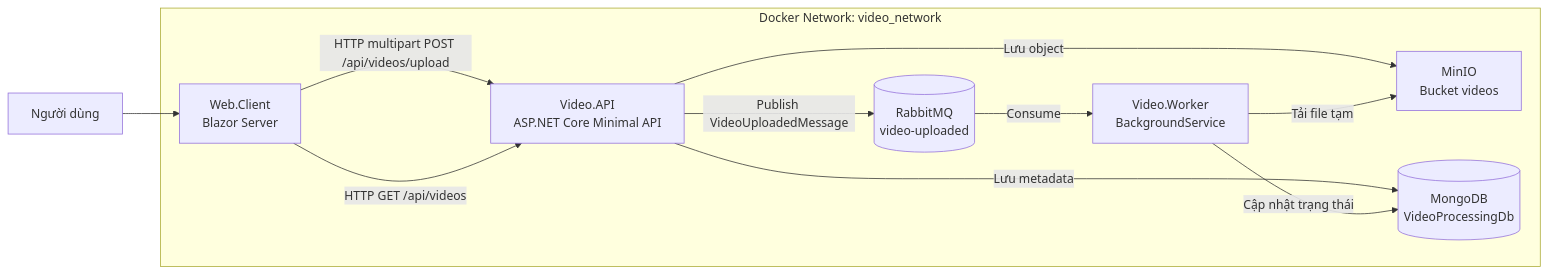
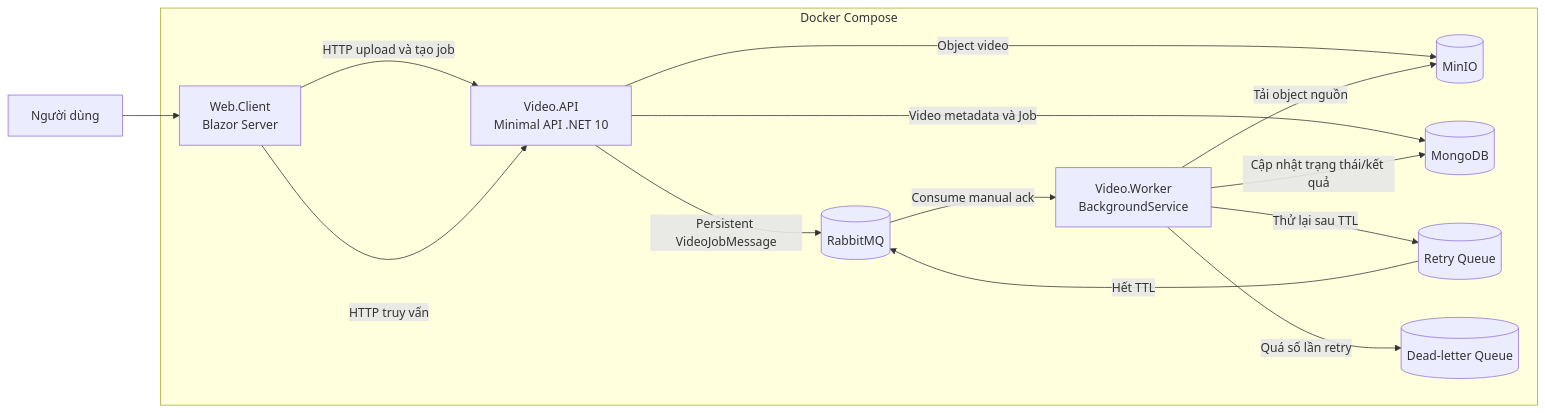
The diagram in BAO_CAO.md (dtc245200882-ux/PhatTrienUngDungPhanTan), drawn with Mermaid before and after one commit. The commit also changed other lines of this file and 1 other file, not shown here.

Commit message:
Document video processing workflow

````diff
--- a/BAO_CAO.md
+++ b/BAO_CAO.md
@@ -37,23 +35,26 @@
 ```mermaid
 flowchart LR
-    U[Người dùng] --> C[Web.Client<br/>Blazor Server]
-    C -->|HTTP multipart POST /api/videos/upload| A[Video.API<br/>ASP.NET Core Minimal API]
-    C -->|HTTP GET /api/videos| A
+    User[Người dùng] --> Client[Web.Client<br/>Blazor Server]
+    Client -->|HTTP upload và tạo job| API[Video.API<br/>Minimal API .NET 10]
+    Client -->|HTTP truy vấn| API
+    API -->|Object video| Storage[(MinIO)]
+    API -->|Video metadata và Job| Mongo[(MongoDB)]
+    API -->|Persistent VideoJobMessage| Broker[(RabbitMQ)]
+    Broker -->|Consume manual ack| Worker[Video.Worker<br/>BackgroundService]
+    Worker -->|Cập nhật trạng thái/kết quả| Mongo
+    Worker -->|Tải object nguồn| Storage
+    Worker -->|Thử lại sau TTL| Retry[(Retry Queue)]
+    Retry -->|Hết TTL| Broker
+    Worker -->|Quá số lần retry| DLQ[(Dead-letter Queue)]
 
-    A -->|Lưu object| M[MinIO<br/>Bucket videos]
-    A -->|Lưu metadata| DB[(MongoDB<br/>VideoProcessingDb)]
-    A -->|Publish VideoUploadedMessage| Q[(RabbitMQ<br/>video-uploaded)]
-
-    Q -->|Consume| W[Video.Worker<br/>BackgroundService]
-    W -->|Cập nhật trạng thái| DB
-    W -->|Tải file tạm| M
-
-    subgraph Docker Network: video_network
-        C
-        A
-        W
-        M
-        DB
-        Q
+    subgraph Docker Compose
+        Client
+        API
+        Worker
+        Storage
+        Mongo
+        Broker
+        Retry
+        DLQ
     end
 ```
````
